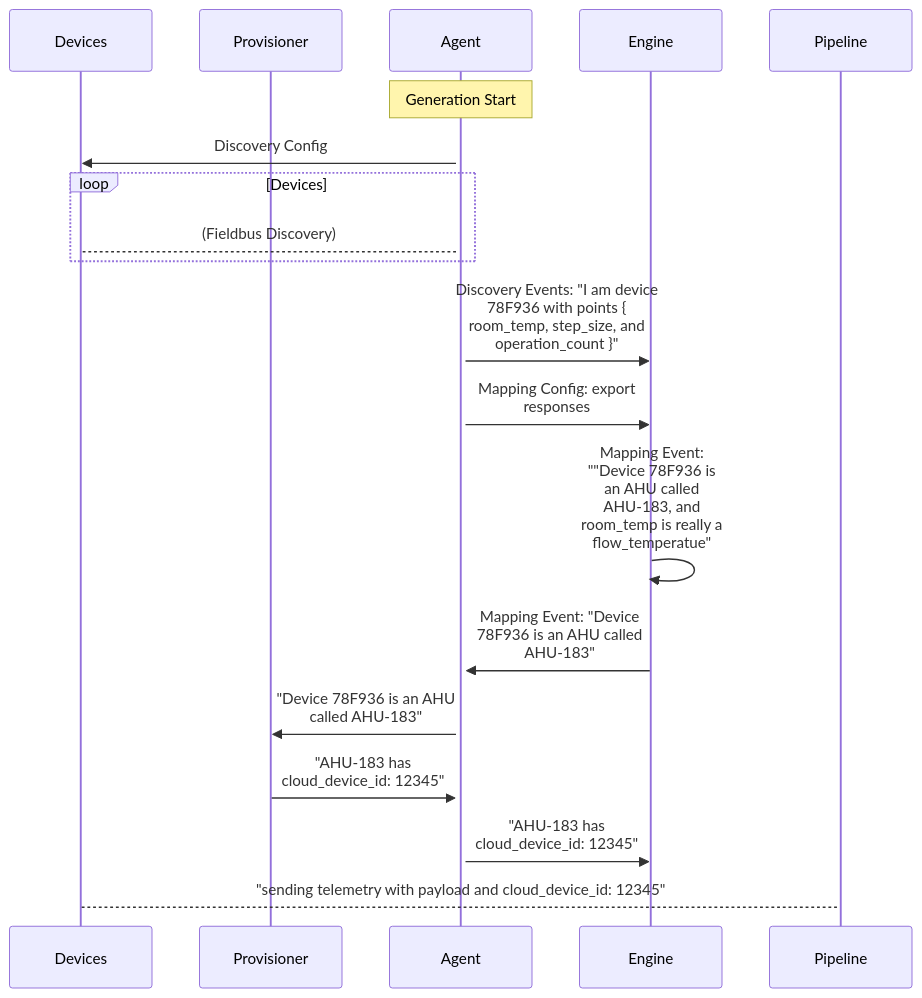
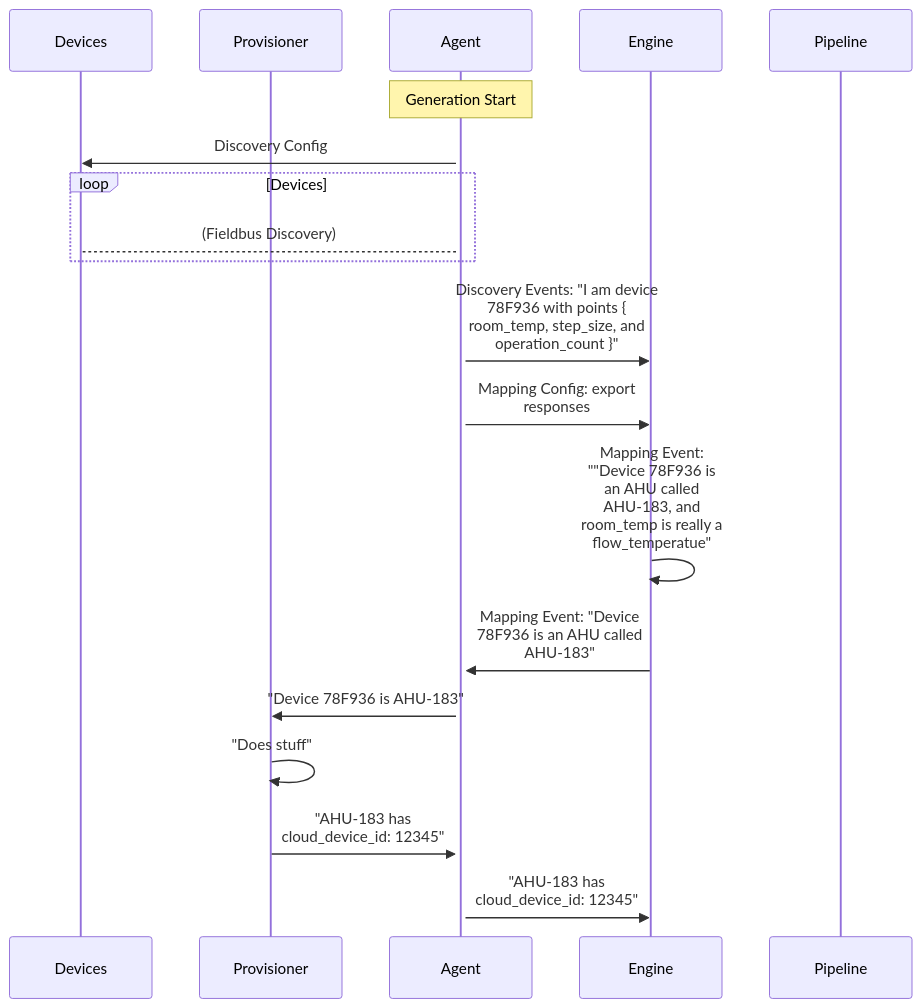
The diagram in mappingOBD.md (charbull/udmi-docs), drawn with Mermaid before and after one commit.

````diff
--- a/mappingOBD.md
+++ b/mappingOBD.md
@@ -1,24 +1,24 @@
 ```mermaid
 %%{wrap}%%
 sequenceDiagram
   participant Devices 
   participant Provisioner 
   participant Agent 
   participant Engine 
   participant Pipeline
   Note over Agent: Generation Start
   activate Agent
   Agent->>Devices: Discovery Config
   loop Devices
     Agent-->Devices: (Fieldbus Discovery)
   end
   Agent->>Engine: Discovery Events: "I am device 78F936 with points { room_temp, step_size, and operation_count }"
 
   Agent->>Engine: Mapping Config: export responses
   Engine->>Engine: Mapping Event: ""Device 78F936 is an AHU called AHU-183, and room_temp is really a flow_temperatue"
   Engine->>Agent: Mapping Event: "Device 78F936 is an AHU called AHU-183"
-  Agent->>Provisioner: "Device 78F936 is an AHU called AHU-183"
+  Agent->>Provisioner: "Device 78F936 is AHU-183"
+  Provisioner->>Provisioner: "Does stuff"
   Provisioner->>Agent: "AHU-183 has cloud_device_id: 12345" 
   Agent->>Engine: "AHU-183 has cloud_device_id: 12345" 
-  Devices -->Pipeline: "sending telemetry with payload and cloud_device_id: 12345"
 ```
````
